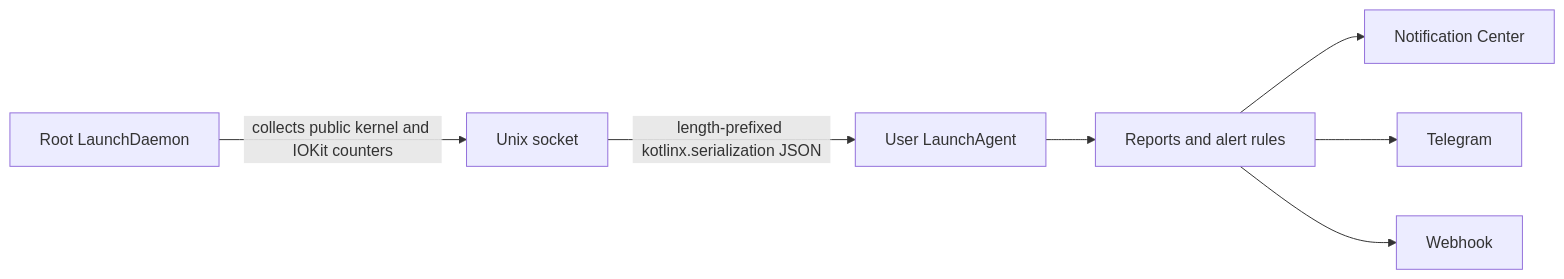
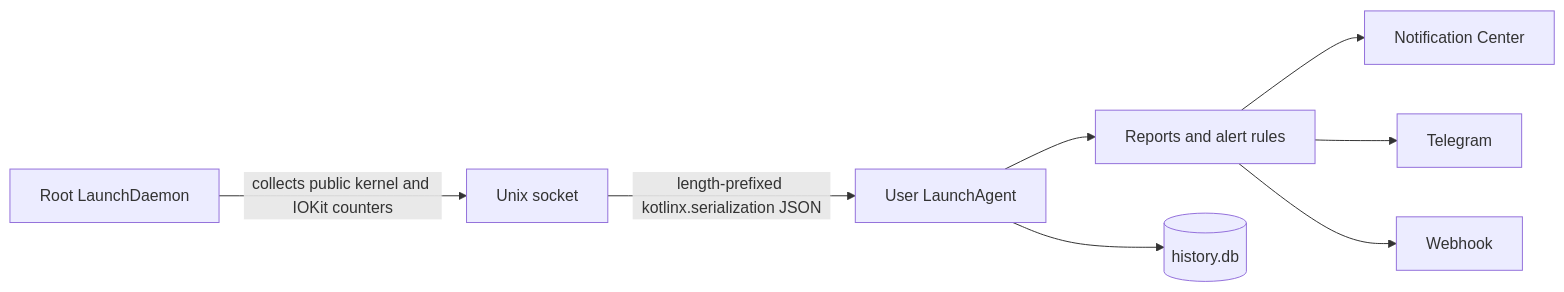
The diagram in README.md (Heapy/harmon), drawn with Mermaid before and after one commit. The commit also changed other lines of this file and 28 other files, not shown here.

````diff
--- a/README.md
+++ b/README.md
@@ -10,9 +10,10 @@
 ```mermaid
 flowchart LR
     LD[Root LaunchDaemon] -->|collects public kernel and IOKit counters| S[Unix socket]
     S -->|length-prefixed kotlinx.serialization JSON| LA[User LaunchAgent]
     LA --> R[Reports and alert rules]
+    LA --> H[(history.db)]
     R --> N[Notification Center]
     R --> T[Telegram]
     R --> W[Webhook]
 ```
````
